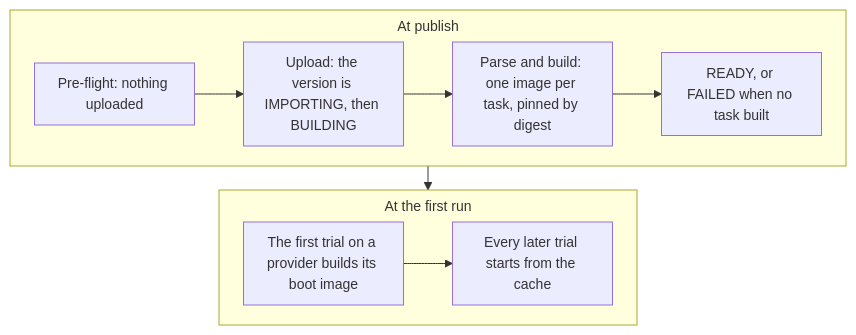
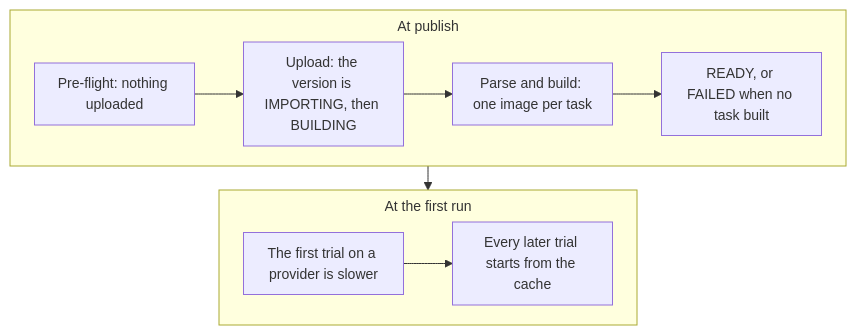
The diagram in docs-mintlify/core-concepts/datasets.mdx (evolving-machines-lab/evolve), drawn with Mermaid before and after one commit. The commit also changed other lines of this file and 20 other files, not shown here.

````diff
--- a/docs-mintlify/core-concepts/datasets.mdx
+++ b/docs-mintlify/core-concepts/datasets.mdx
@@ -78,15 +78,15 @@
 ```mermaid
 %%{init: {"themeVariables": {"fontSize": "14px", "fontFamily": "Google Sans Flex, sans-serif"}, "flowchart": {"nodeSpacing": 20, "rankSpacing": 24, "padding": 10, "wrappingWidth": 120, "subGraphTitleMargin": {"top": 6, "bottom": 6}}}}%%
 flowchart TB
   subgraph PUB[At publish]
     direction LR
     P[Pre-flight: nothing uploaded] --> U[Upload: the version is IMPORTING, then BUILDING]
-    U --> B[Parse and build: one image per task, pinned by digest]
+    U --> B[Parse and build: one image per task]
     B --> RD[READY, or FAILED when no task built]
   end
   subgraph RUN[At the first run]
     direction LR
-    F[The first trial on a provider builds its boot image] --> L[Every later trial starts from the cache]
+    F[The first trial on a provider is slower] --> L[Every later trial starts from the cache]
   end
   PUB --> RUN
 ```
````
